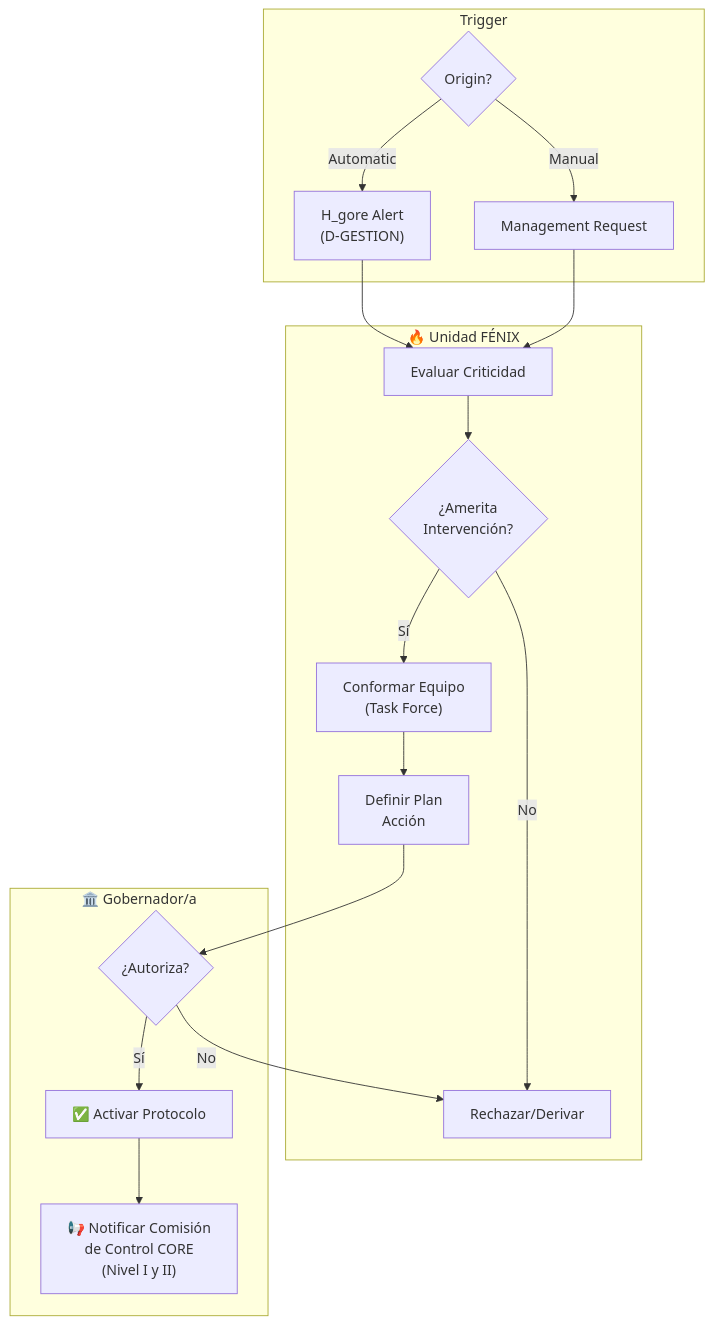
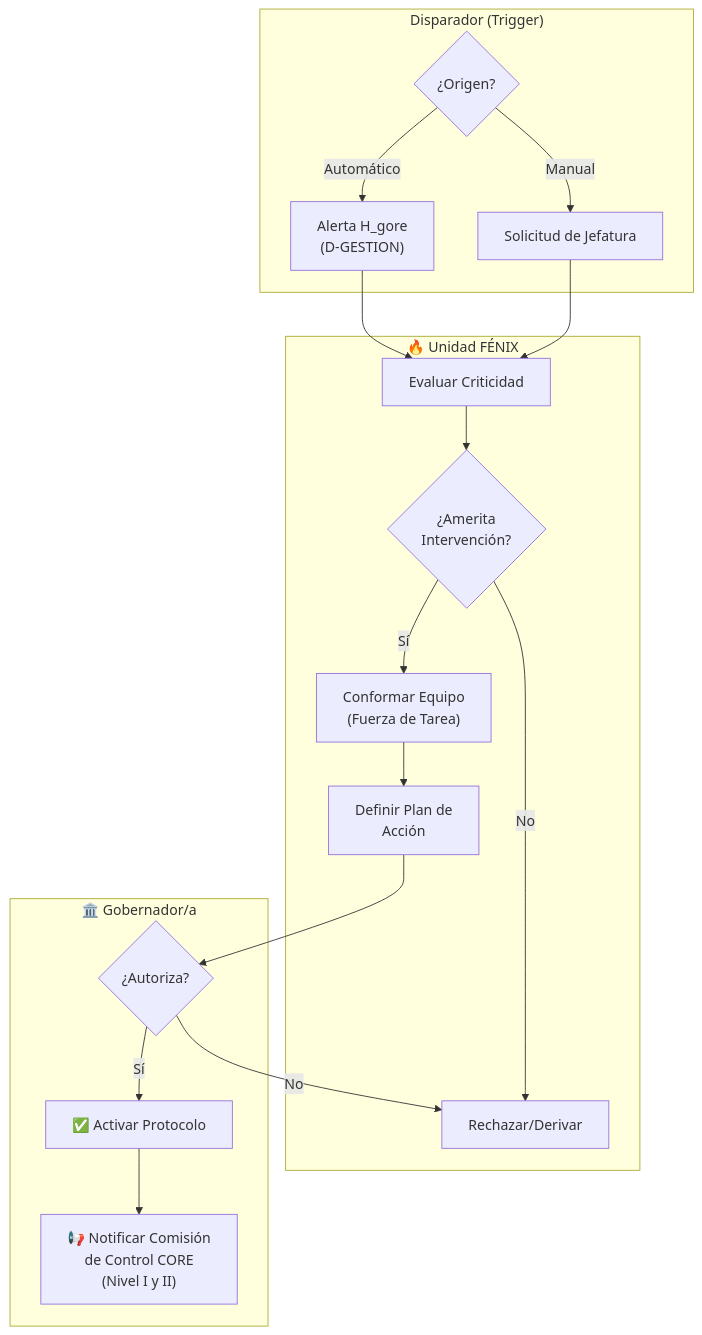
One commit to felix-antonio-sl/gore_os changed the second of 3 diagrams in docs/blueprint/domains/domain_fenix.md. Above: the diagram before and after it, drawn with Mermaid. The commit also changed other lines of this file and 13 other files, not shown here.

````diff
--- a/docs/blueprint/domains/domain_fenix.md
+++ b/docs/blueprint/domains/domain_fenix.md
@@ -126,29 +125,29 @@
 ```mermaid
 flowchart TD
-    subgraph TRIGGER["Trigger"]
-        A{"Origin?"}
-        A -->|"Automatic"| B["H_gore Alert<br/>(D-GESTION)"]
-        A -->|"Manual"| C["Management Request"]
+    subgraph TRIGGER["Disparador (Trigger)"]
+        A{"¿Origen?"}
+        A -->|"Automático"| B["Alerta H_gore<br/>(D-GESTION)"]
+        A -->|"Manual"| C["Solicitud de Jefatura"]
     end
 
     subgraph FENIX_UNIT["🔥 Unidad FÉNIX"]
         D["Evaluar Criticidad"]
         E{"¿Amerita<br/>Intervención?"}
-        F["Conformar Equipo<br/>(Task Force)"]
-        G["Definir Plan<br/>Acción"]
+        F["Conformar Equipo<br/>(Fuerza de Tarea)"]
+        G["Definir Plan de<br/>Acción"]
         H["Rechazar/Derivar"]
     end
 
     subgraph AUTORIDAD["🏛️ Gobernador/a"]
         I{"¿Autoriza?"}
         J["✅ Activar Protocolo"]
         K["📢 Notificar Comisión<br/>de Control CORE<br/>(Nivel I y II)"]
     end
 
     B & C --> D --> E
     E -->|"No"| H
     E -->|"Sí"| F --> G --> I
     I -->|"Sí"| J
     J --> K
     I -->|"No"| H
 ```
````
